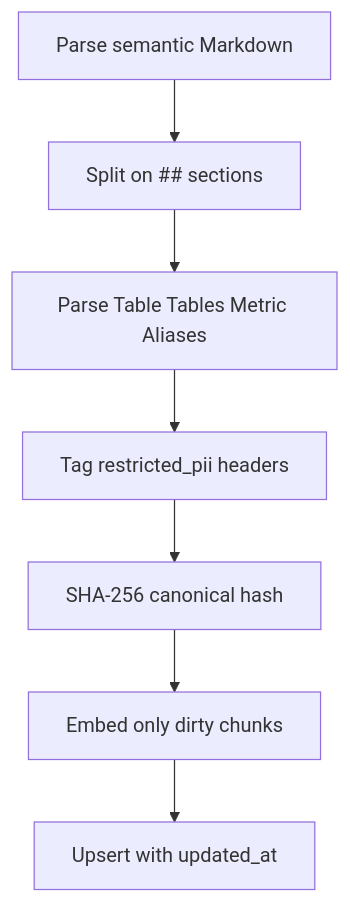
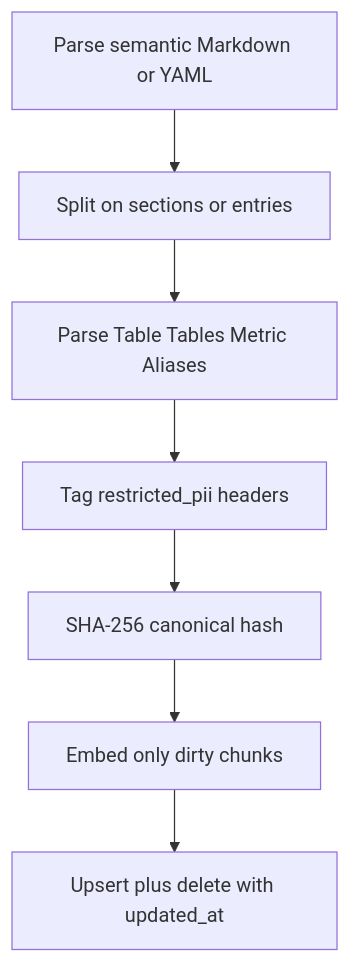
The first of 2 diagrams in openwiki/agent/semantic-layer.md (NDTruongDanh/SE373-Analytics-Agent), drawn with Mermaid before and after one commit. The commit also changed other lines of this file and 6 other files, not shown here.

````diff
--- a/openwiki/agent/semantic-layer.md
+++ b/openwiki/agent/semantic-layer.md
@@ -72,9 +72,9 @@
 ```mermaid
 flowchart TD
-  A["Parse semantic Markdown"] --> B["Split on ## sections"]
+  A["Parse semantic Markdown or YAML"] --> B["Split on sections or entries"]
   B --> C["Parse Table Tables Metric Aliases"]
   C --> D["Tag restricted_pii headers"]
   D --> E["SHA-256 canonical hash"]
   E --> F["Embed only dirty chunks"]
-  F --> G["Upsert with updated_at"]
+  F --> G["Upsert plus delete with updated_at"]
 ```
````
